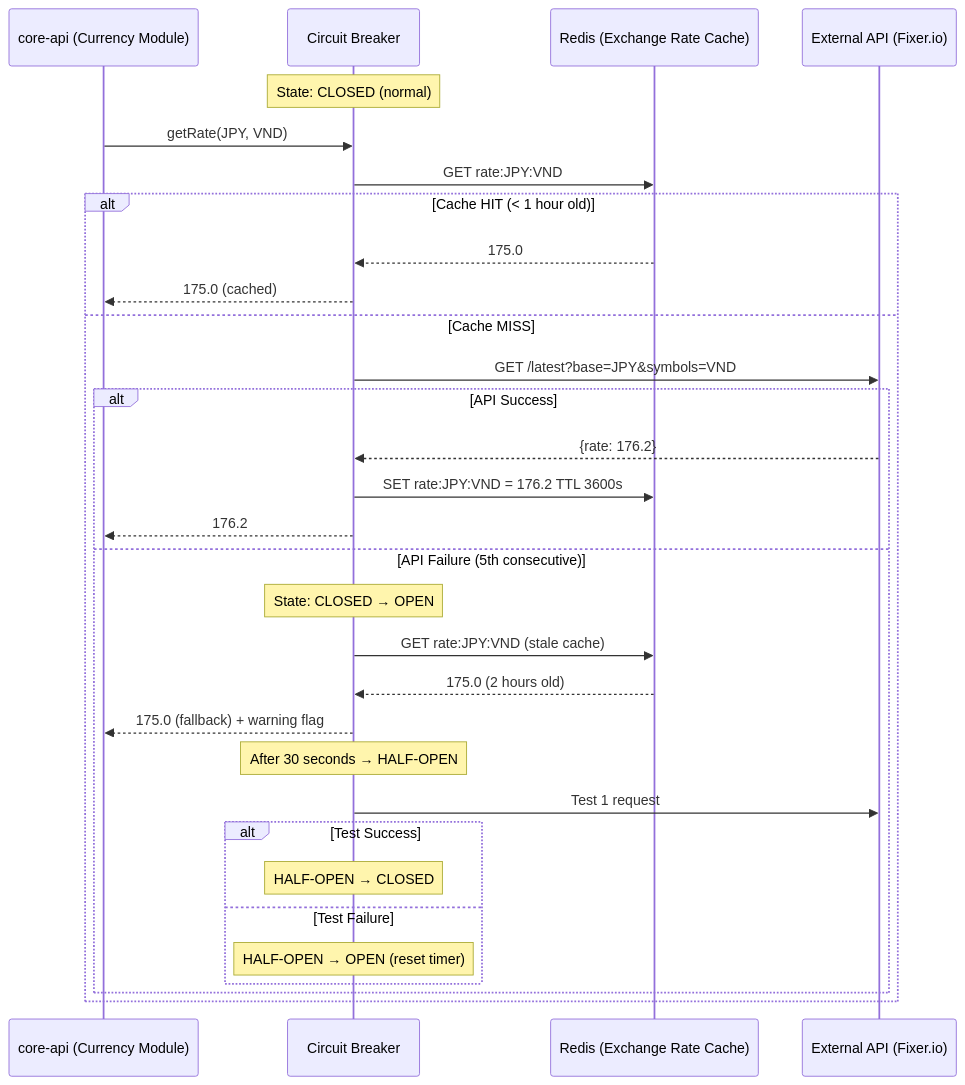
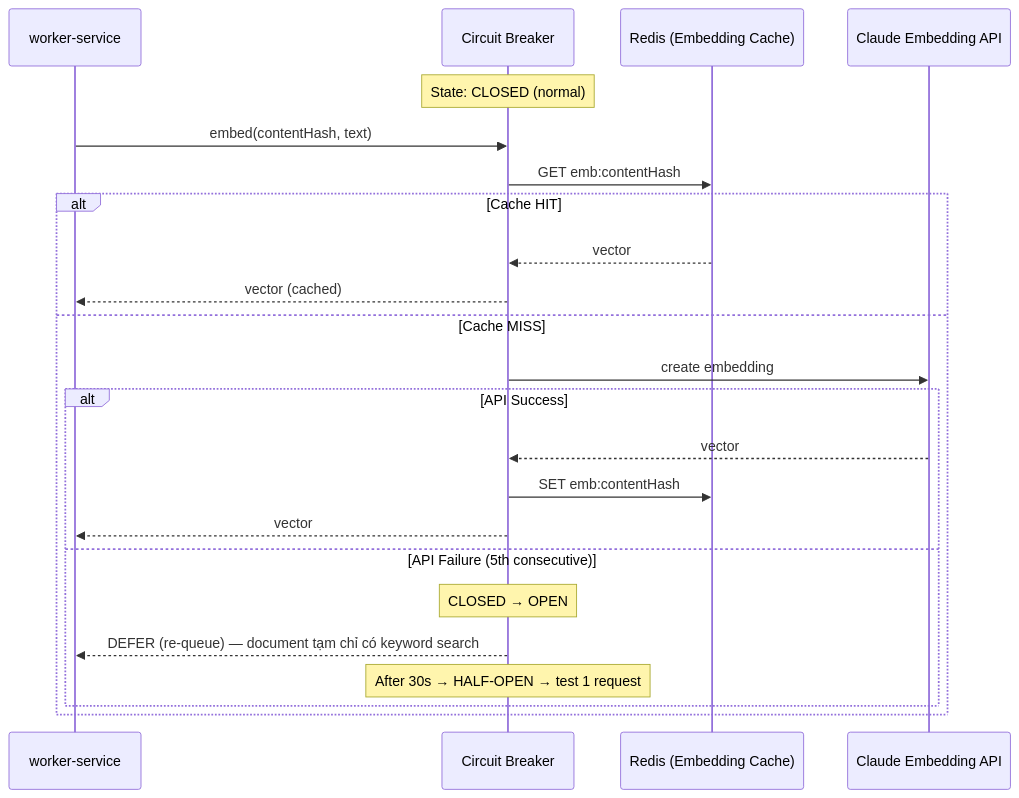
One commit to minhle106cse/distributed-social-platform changed the fifth of 7 diagrams in docs/03_system_architecture_diagrams.md. Above: the diagram before and after it, drawn with Mermaid. The commit also changed other lines of this file and 49 other files, not shown here.

````diff
--- a/docs/03_system_architecture_diagrams.md
+++ b/docs/03_system_architecture_diagrams.md
@@ -283,36 +273,26 @@
 ```mermaid
 sequenceDiagram
-    participant API as core-api (Currency Module)
+    participant W as worker-service
     participant CB as Circuit Breaker
-    participant Cache as Redis (Exchange Rate Cache)
-    participant ExtAPI as External API (Fixer.io)
+    participant Cache as Redis (Embedding Cache)
+    participant Claude as Claude Embedding API
 
     Note over CB: State: CLOSED (normal)
-
-    API->>CB: getRate(JPY, VND)
-    CB->>Cache: GET rate:JPY:VND
-    alt Cache HIT (< 1 hour old)
-        Cache-->>CB: 175.0
-        CB-->>API: 175.0 (cached)
+    W->>CB: embed(contentHash, text)
+    CB->>Cache: GET emb:contentHash
+    alt Cache HIT
+        Cache-->>CB: vector
+        CB-->>W: vector (cached)
     else Cache MISS
-        CB->>ExtAPI: GET /latest?base=JPY&symbols=VND
+        CB->>Claude: create embedding
         alt API Success
-            ExtAPI-->>CB: {rate: 176.2}
-            CB->>Cache: SET rate:JPY:VND = 176.2 TTL 3600s
-            CB-->>API: 176.2
+            Claude-->>CB: vector
+            CB->>Cache: SET emb:contentHash
+            CB-->>W: vector
         else API Failure (5th consecutive)
-            Note over CB: State: CLOSED → OPEN
-            CB->>Cache: GET rate:JPY:VND (stale cache)
-            Cache-->>CB: 175.0 (2 hours old)
-            CB-->>API: 175.0 (fallback) + warning flag
-
-            Note over CB: After 30 seconds → HALF-OPEN
-            CB->>ExtAPI: Test 1 request
-            alt Test Success
-                Note over CB: HALF-OPEN → CLOSED
-            else Test Failure
-                Note over CB: HALF-OPEN → OPEN (reset timer)
-            end
+            Note over CB: CLOSED → OPEN
+            CB-->>W: DEFER (re-queue) — document tạm chỉ có keyword search
+            Note over CB: After 30s → HALF-OPEN → test 1 request
         end
     end
 ```
````
